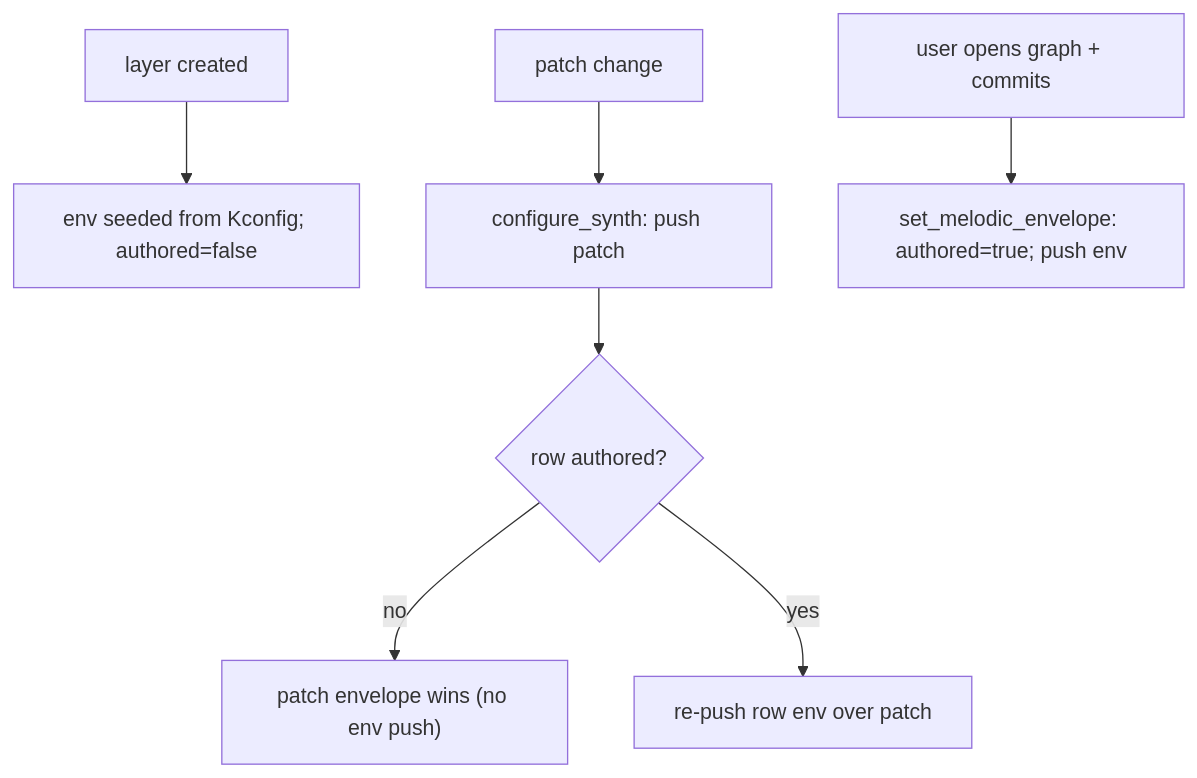
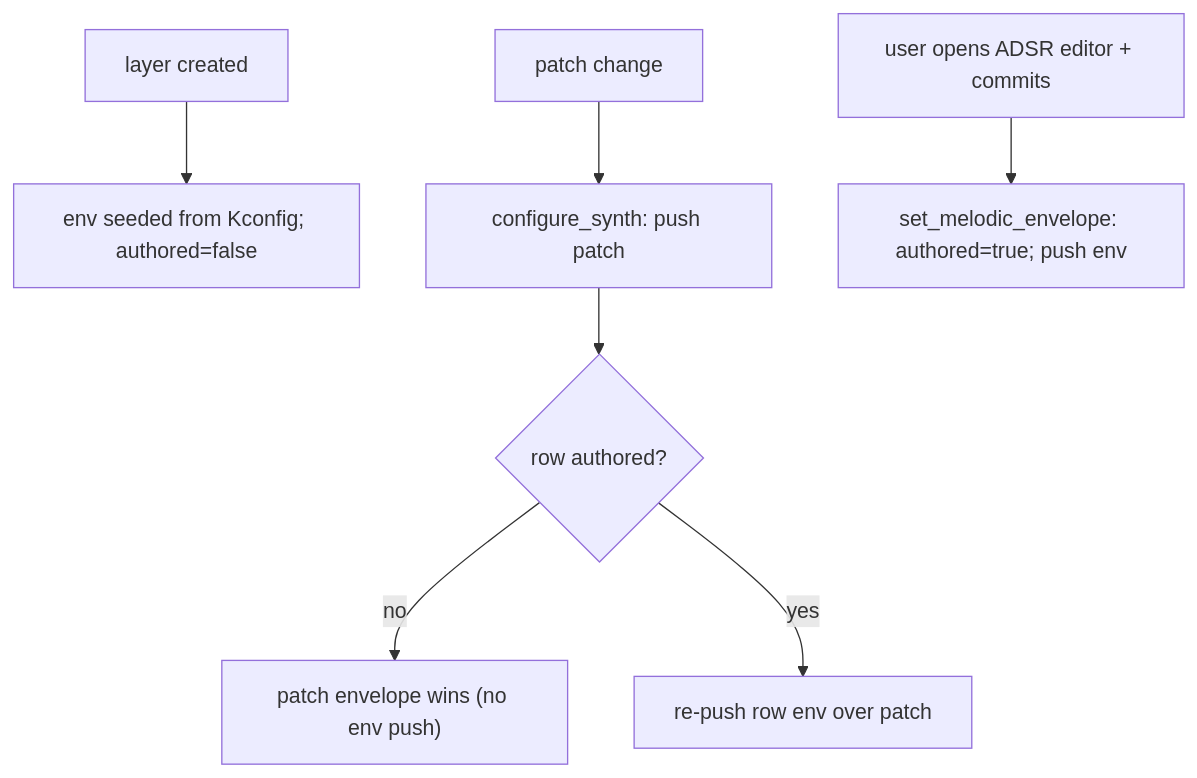
Before and after one commit to rt-rtos/S3-Amysynth: the diagram in components/synth_core/README.md, drawn with Mermaid. The commit also changed other lines of this file and 108 other files, not shown here.

````diff
--- a/components/synth_core/README.md
+++ b/components/synth_core/README.md
@@ -124,9 +125,9 @@
 ```mermaid
 flowchart TD
     A["layer created"] --> B["env seeded from Kconfig; authored=false"]
     C["patch change"] --> D["configure_synth: push patch"]
     D --> E{"row authored?"}
     E -->|no| F["patch envelope wins (no env push)"]
     E -->|yes| G["re-push row env over patch"]
-    H["user opens graph + commits"] --> I["set_melodic_envelope: authored=true; push env"]
+    H["user opens ADSR editor + commits"] --> I["set_melodic_envelope: authored=true; push env"]
 ```
````
